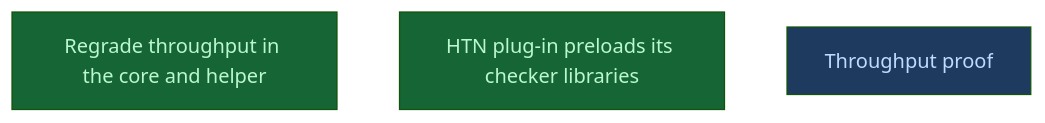
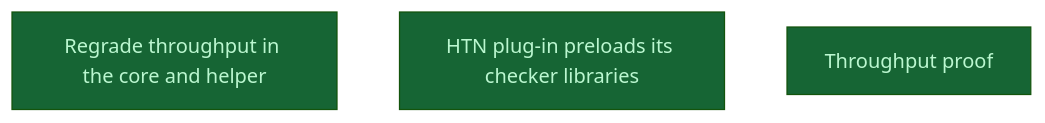
One commit to CrackingShells/Candler changed the diagram in __roadmap__/m2a-evaluation-parity/components/assembly/parity/throughput/README.md. Above: the diagram before and after it, drawn with Mermaid (forest theme). The commit also changed other lines of this file and 7 other files, not shown here.

First line of the commit message:
rdm(evaluation): mark throughput_proof done

````diff
--- a/__roadmap__/m2a-evaluation-parity/components/assembly/parity/throughput/README.md
+++ b/__roadmap__/m2a-evaluation-parity/components/assembly/parity/throughput/README.md
@@ -19,11 +19,11 @@
 ```mermaid
 graph TD
     regrade_throughput[Regrade throughput in the core and helper]:::done
     htn_preload[HTN plug-in preloads its checker libraries]:::done
-    proof[Throughput proof]:::amendment
+    proof[Throughput proof]:::done
     classDef done       fill:#166534,color:#bbf7d0
     classDef inprogress fill:#854d0e,color:#fef08a
     classDef planned    fill:#374151,color:#e5e7eb
     classDef amendment  fill:#1e3a5f,color:#bfdbfe
     classDef blocked    fill:#7f1d1d,color:#fecaca
 ```
````
